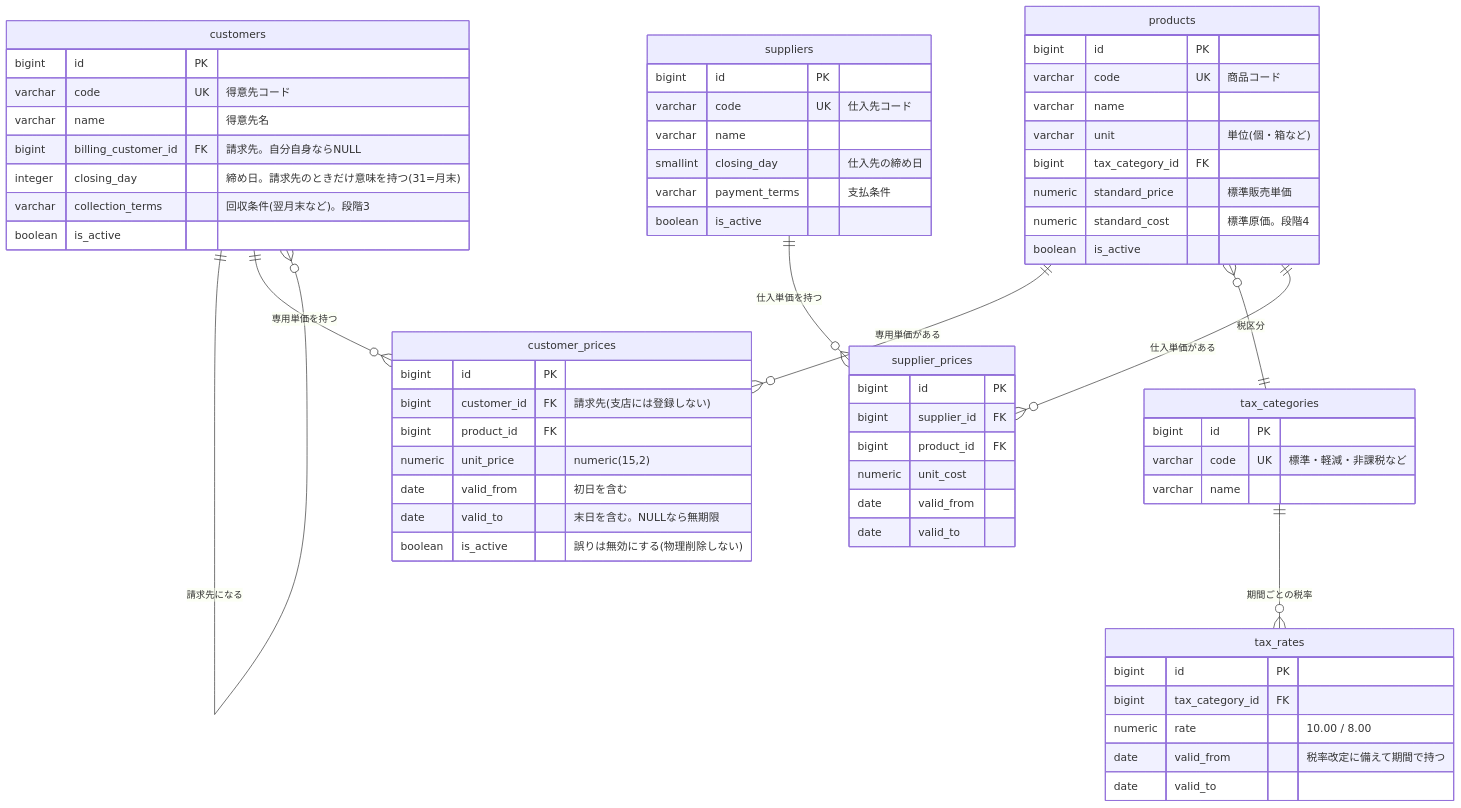
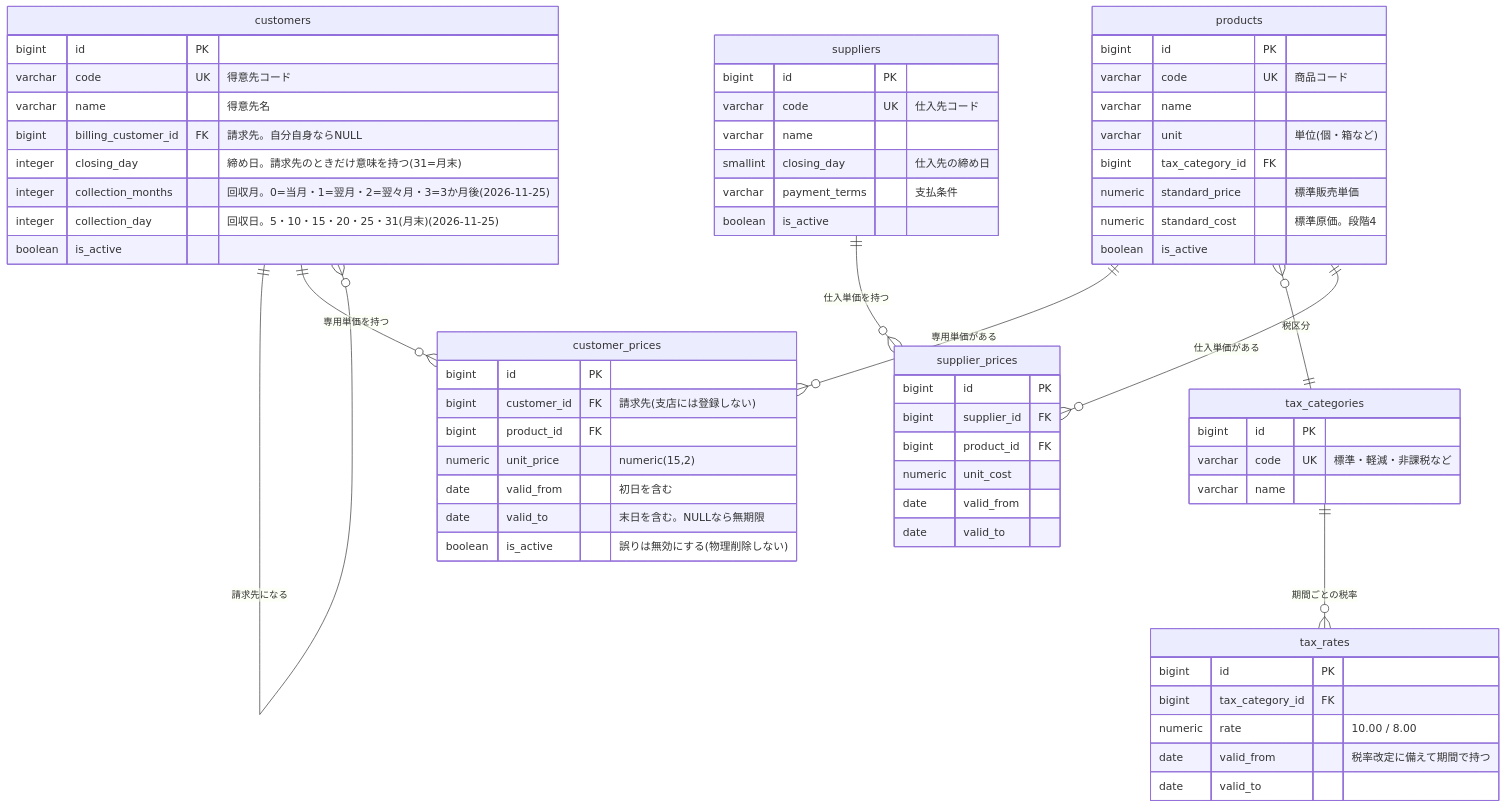
Before and after one commit to kiyo015/sales-core: the second of 7 diagrams in docs/domain/er-diagram.md, drawn with Mermaid. The commit also changed other lines of this file and 36 other files, not shown here.

````diff
--- a/docs/domain/er-diagram.md
+++ b/docs/domain/er-diagram.md
@@ -92,67 +92,68 @@
 ```mermaid
 erDiagram
     customers ||--o{ customers : "請求先になる"
     customers ||--o{ customer_prices : "専用単価を持つ"
     products ||--o{ customer_prices : "専用単価がある"
     products }o--|| tax_categories : "税区分"
     tax_categories ||--o{ tax_rates : "期間ごとの税率"
     suppliers ||--o{ supplier_prices : "仕入単価を持つ"
     products ||--o{ supplier_prices : "仕入単価がある"
 
     customers {
         bigint id PK
         varchar code UK "得意先コード"
         varchar name "得意先名"
         bigint billing_customer_id FK "請求先。自分自身ならNULL"
         integer closing_day "締め日。請求先のときだけ意味を持つ(31=月末)"
-        varchar collection_terms "回収条件(翌月末など)。段階3"
+        integer collection_months "回収月。0=当月・1=翌月・2=翌々月・3=3か月後(2026-11-25)"
+        integer collection_day "回収日。5・10・15・20・25・31(月末)(2026-11-25)"
         boolean is_active
     }
     products {
         bigint id PK
         varchar code UK "商品コード"
         varchar name
         varchar unit "単位(個・箱など)"
         bigint tax_category_id FK
         numeric standard_price "標準販売単価"
         numeric standard_cost "標準原価。段階4"
         boolean is_active
     }
     tax_categories {
         bigint id PK
         varchar code UK "標準・軽減・非課税など"
         varchar name
     }
     tax_rates {
         bigint id PK
         bigint tax_category_id FK
         numeric rate "10.00 / 8.00"
         date valid_from "税率改定に備えて期間で持つ"
         date valid_to
     }
     customer_prices {
         bigint id PK
         bigint customer_id FK "請求先(支店には登録しない)"
         bigint product_id FK
         numeric unit_price "numeric(15,2)"
         date valid_from "初日を含む"
         date valid_to "末日を含む。NULLなら無期限"
         boolean is_active "誤りは無効にする(物理削除しない)"
     }
     suppliers {
         bigint id PK
         varchar code UK "仕入先コード"
         varchar name
         smallint closing_day "仕入先の締め日"
         varchar payment_terms "支払条件"
         boolean is_active
     }
     supplier_prices {
         bigint id PK
         bigint supplier_id FK
         bigint product_id FK
         numeric unit_cost
         date valid_from
         date valid_to
     }
 ```
````
